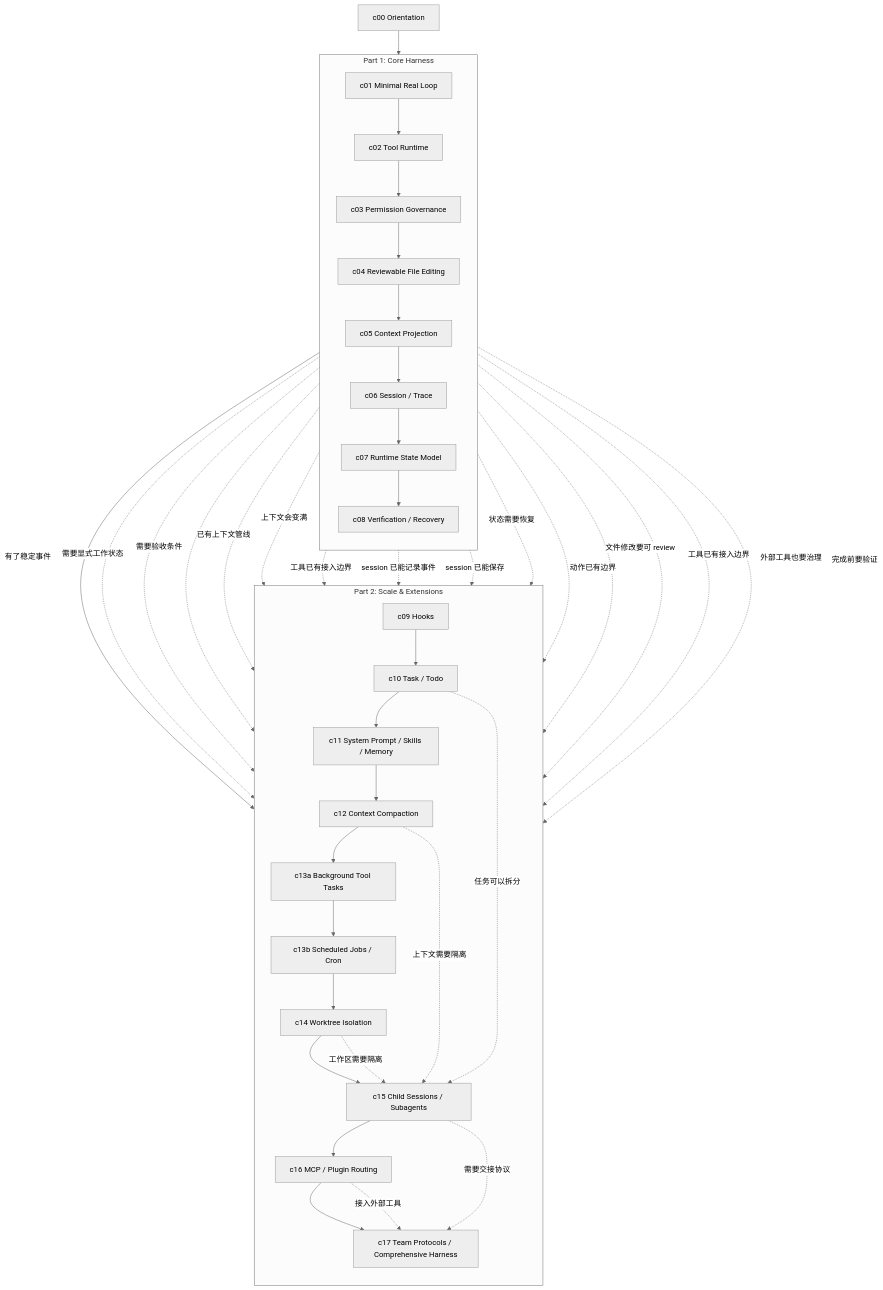
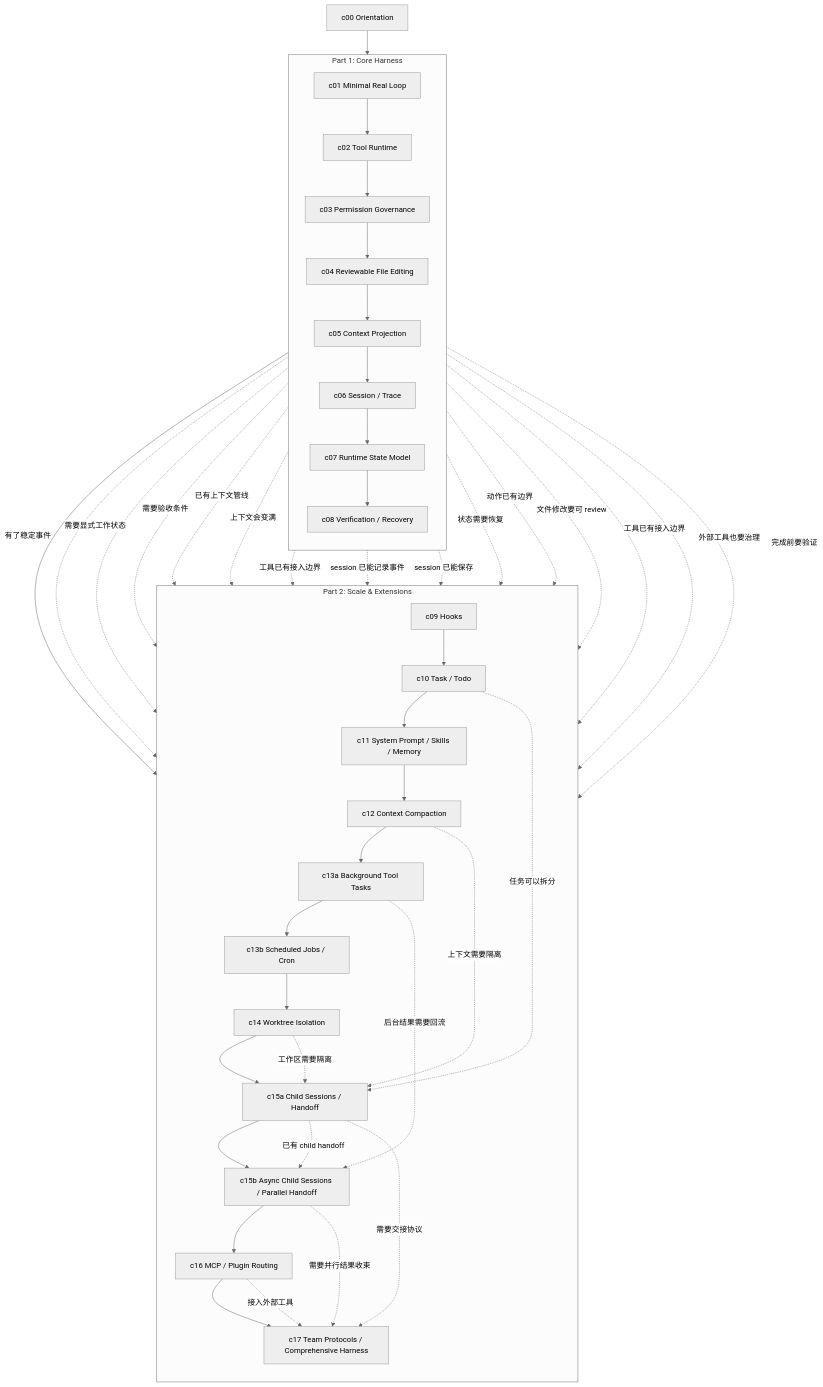
The diagram in docs/02-tutorial-roadmap.md (ZophiaWong/forge-harness), drawn with Mermaid (neutral theme) before and after one commit. The commit also changed other lines of this file and 2 other files, not shown here.

Commit message:
docs: update tutorial roadmap and project architecture for c15a/c15b child sessions

````diff
--- a/docs/02-tutorial-roadmap.md
+++ b/docs/02-tutorial-roadmap.md
@@ -15,53 +15,57 @@
 ```mermaid
 flowchart TB
   c00["c00 Orientation"]
 
   subgraph P1["Part 1: Core Harness"]
     direction TB
     c01["c01 Minimal Real Loop"]
     c02["c02 Tool Runtime"]
     c03["c03 Permission Governance"]
     c04["c04 Reviewable File Editing"]
     c05["c05 Context Projection"]
     c06["c06 Session / Trace"]
     c07["c07 Runtime State Model"]
     c08["c08 Verification / Recovery"]
   end
 
   subgraph P2["Part 2: Scale & Extensions"]
     direction TB
     c09["c09 Hooks"]
     c10["c10 Task / Todo"]
     c11["c11 System Prompt / Skills / Memory"]
     c12["c12 Context Compaction"]
     c13a["c13a Background Tool Tasks"]
     c13b["c13b Scheduled Jobs / Cron"]
     c14["c14 Worktree Isolation"]
-    c15["c15 Child Sessions / Subagents"]
+    c15a["c15a Child Sessions / Handoff"]
+    c15b["c15b Async Child Sessions / Parallel Handoff"]
     c16["c16 MCP / Plugin Routing"]
     c17["c17 Team Protocols / Comprehensive Harness"]
   end
 
   c00 --> c01 --> c02 --> c03 --> c04 --> c05 --> c06 --> c07 --> c08
-  c08 --> c09 --> c10 --> c11 --> c12 --> c13a --> c13b --> c14 --> c15 --> c16 --> c17
+  c08 --> c09 --> c10 --> c11 --> c12 --> c13a --> c13b --> c14 --> c15a --> c15b --> c16 --> c17
 
   c06 -. "有了稳定事件" .-> c09
   c07 -. "需要显式工作状态" .-> c10
   c08 -. "需要验收条件" .-> c10
   c05 -. "已有上下文管线" .-> c11
   c05 -. "上下文会变满" .-> c12
   c02 -. "工具已有接入边界" .-> c13a
   c06 -. "session 已能记录事件" .-> c13a
   c06 -. "session 已能保存" .-> c13b
   c07 -. "状态需要恢复" .-> c13b
   c03 -. "动作已有边界" .-> c14
   c04 -. "文件修改要可 review" .-> c14
-  c10 -. "任务可以拆分" .-> c15
-  c12 -. "上下文需要隔离" .-> c15
-  c14 -. "工作区需要隔离" .-> c15
+  c10 -. "任务可以拆分" .-> c15a
+  c12 -. "上下文需要隔离" .-> c15a
+  c14 -. "工作区需要隔离" .-> c15a
+  c13a -. "后台结果需要回流" .-> c15b
+  c15a -. "已有 child handoff" .-> c15b
   c02 -. "工具已有接入边界" .-> c16
   c03 -. "外部工具也要治理" .-> c16
-  c15 -. "需要交接协议" .-> c17
+  c15a -. "需要交接协议" .-> c17
+  c15b -. "需要并行结果收束" .-> c17
   c16 -. "接入外部工具" .-> c17
   c08 -. "完成前要验证" .-> c17
 ```
````
